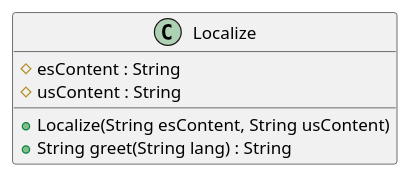
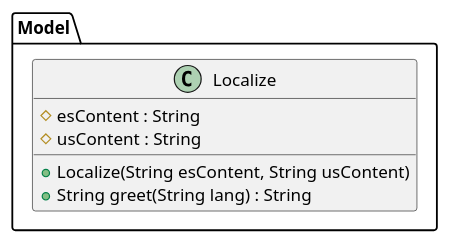
One commit to MegaRedHand/algo-thief changed the first of 2 diagrams in diagrams/classes/clase_localize.plantuml. Above: the diagram before and after it, drawn with PlantUML. The commit also changed other lines of this file and 10 other files, not shown here.

Commit message:
[diagrams] Model package

```diff
--- a/diagrams/classes/clase_localize.plantuml
+++ b/diagrams/classes/clase_localize.plantuml
@@ -1,11 +1,13 @@
 @startuml
 
-class Localize {
-    # esContent : String
-    # usContent : String
+package Model {
+        class Localize {
+                # esContent : String
+                # usContent : String
 
-    + Localize(String esContent, String usContent)
-    + String greet(String lang) : String
+                + Localize(String esContent, String usContent)
+                + String greet(String lang) : String
+        }
 }
 
 @enduml
```
